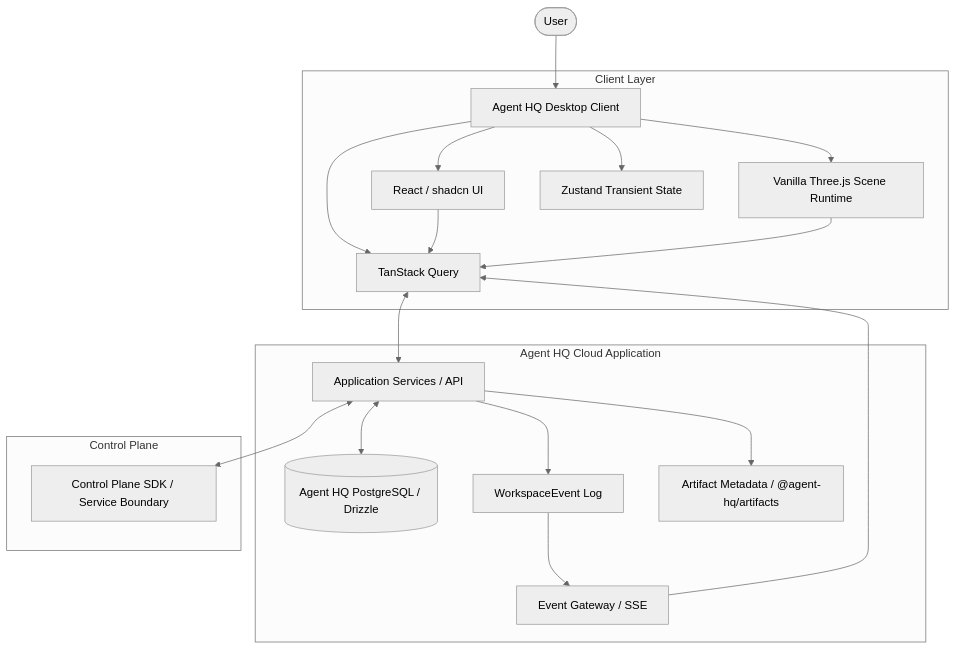
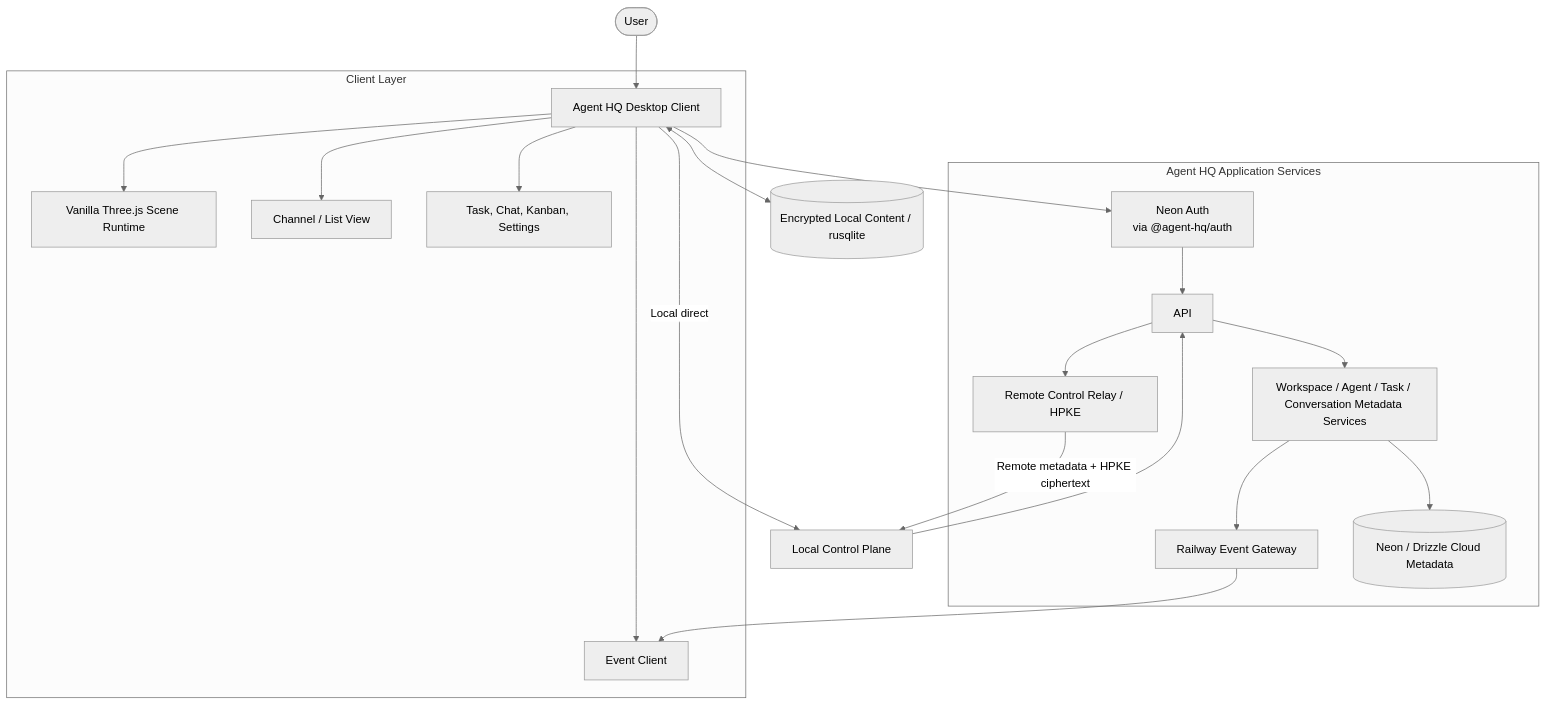
Before and after one commit to adea-ai/adea: the third of 18 diagrams in docs/architecture/diagram-sources.md, drawn with Mermaid (neutral theme). The commit also changed other lines of this file, not shown here.

Commit message:
docs: reconcile Agent HQ architecture diagrams with canonical source

````diff
--- a/docs/architecture/diagram-sources.md
+++ b/docs/architecture/diagram-sources.md
@@ -99,28 +120,29 @@
 ```mermaid
 flowchart TB
     U([User]) --> CL[Agent HQ Desktop Client]
     subgraph Client["Client Layer"]
-        CL --> UI[React / shadcn UI]
-        CL --> SR[Vanilla Three.js Scene Runtime]
-        CL --> Q[TanStack Query]
-        CL --> Z[Zustand Transient State]
+        CL --> S[Vanilla Three.js Scene Runtime]
+        CL --> L[Channel / List View]
+        CL --> UI[Task, Chat, Kanban, Settings]
+        CL --> EC[Event Client]
     end
-    subgraph AgentHQ["Agent HQ Cloud Application"]
-        API[Application Services / API]
-        DB[(Agent HQ PostgreSQL / Drizzle)]
-        EVT[WorkspaceEvent Log]
-        EG[Event Gateway / SSE]
-        ART[Artifact Metadata / @agent-hq/artifacts]
+    subgraph App["Agent HQ Application Services"]
+        AUTH["Neon Auth<br/>via @agent-hq/auth"]
+        API[API]
+        WS[Workspace / Agent / Task / Conversation Metadata Services]
+        RELAY[Remote Control Relay / HPKE]
+        EV[Railway Event Gateway]
+        DB[(Neon / Drizzle Cloud Metadata)]
     end
-    subgraph Control["Control Plane"]
-        CP[Control Plane SDK / Service Boundary]
-    end
-    UI --> Q
-    SR --> Q
-    Q <--> API
-    API <--> DB
-    API --> EVT
-    EVT --> EG --> Q
-    API --> ART
-    API <--> CP
+    CL --> AUTH
+    CL <--> LC[(Encrypted Local Content / rusqlite)]
+    AUTH --> API
+    API --> WS
+    WS --> DB
+    CL -->|Local direct| CP[Local Control Plane]
+    API --> RELAY
+    RELAY -->|Remote metadata + HPKE ciphertext| CP
+    CP --> API
+    WS --> EV
+    EV --> EC
 ```
````
